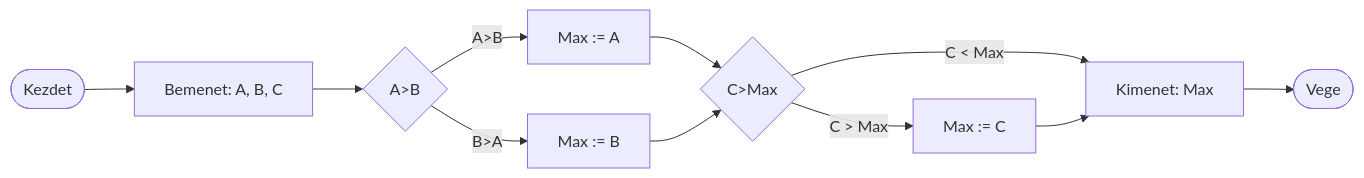
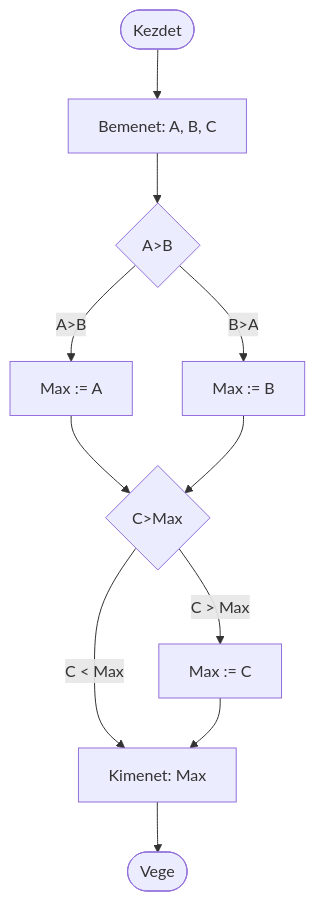
One commit to SpsKnSK/api changed the second of 2 diagrams in Lessons_hu/01_Algorithms_hu.md. Above: the diagram before and after it, drawn with Mermaid. The commit also changed 11 other files, not shown here.

````diff
--- a/Lessons_hu/01_Algorithms_hu.md
+++ b/Lessons_hu/01_Algorithms_hu.md
@@ -52,23 +52,23 @@
 ```mermaid
-flowchart LR
+flowchart TB
 	Kezdet([Kezdet])
     Bemenet[Bemenet: A, B, C]
     If1{A>B}
     MaxB[Max := B]
     MaxA[Max := A]
     If2{C>Max}
     Vege([Vege]) 
     MaxC[Max := C]
     Kimenet[Kimenet: Max]
 
     Kezdet --> Bemenet
     Bemenet --> If1
     If1 -- B>A --> MaxB
     If1 -- A>B --> MaxA
     MaxA --> If2
     MaxB --> If2
     If2 -- C < Max --> Kimenet
     If2 -- C > Max --> MaxC
     MaxC --> Kimenet
     Kimenet --> Vege
 ```
````
